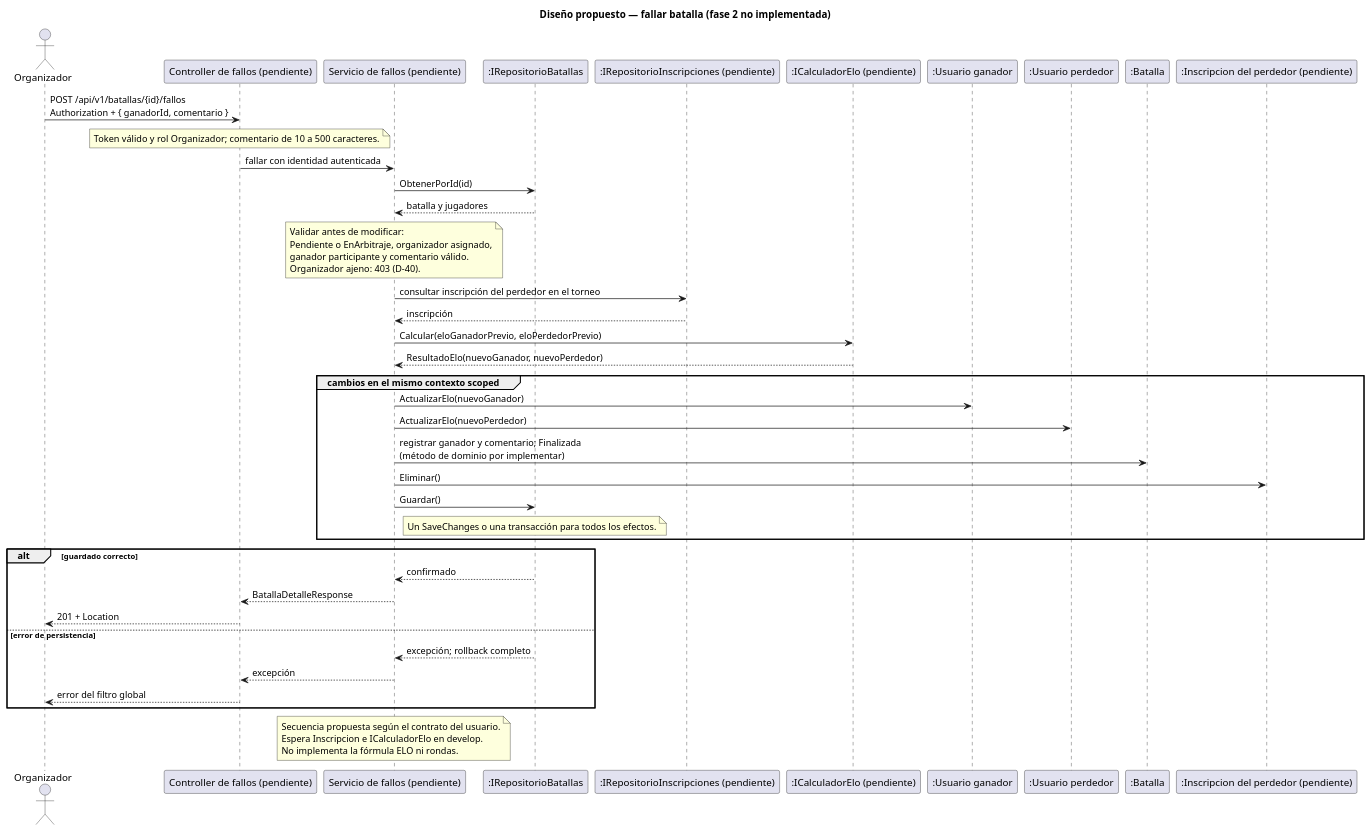
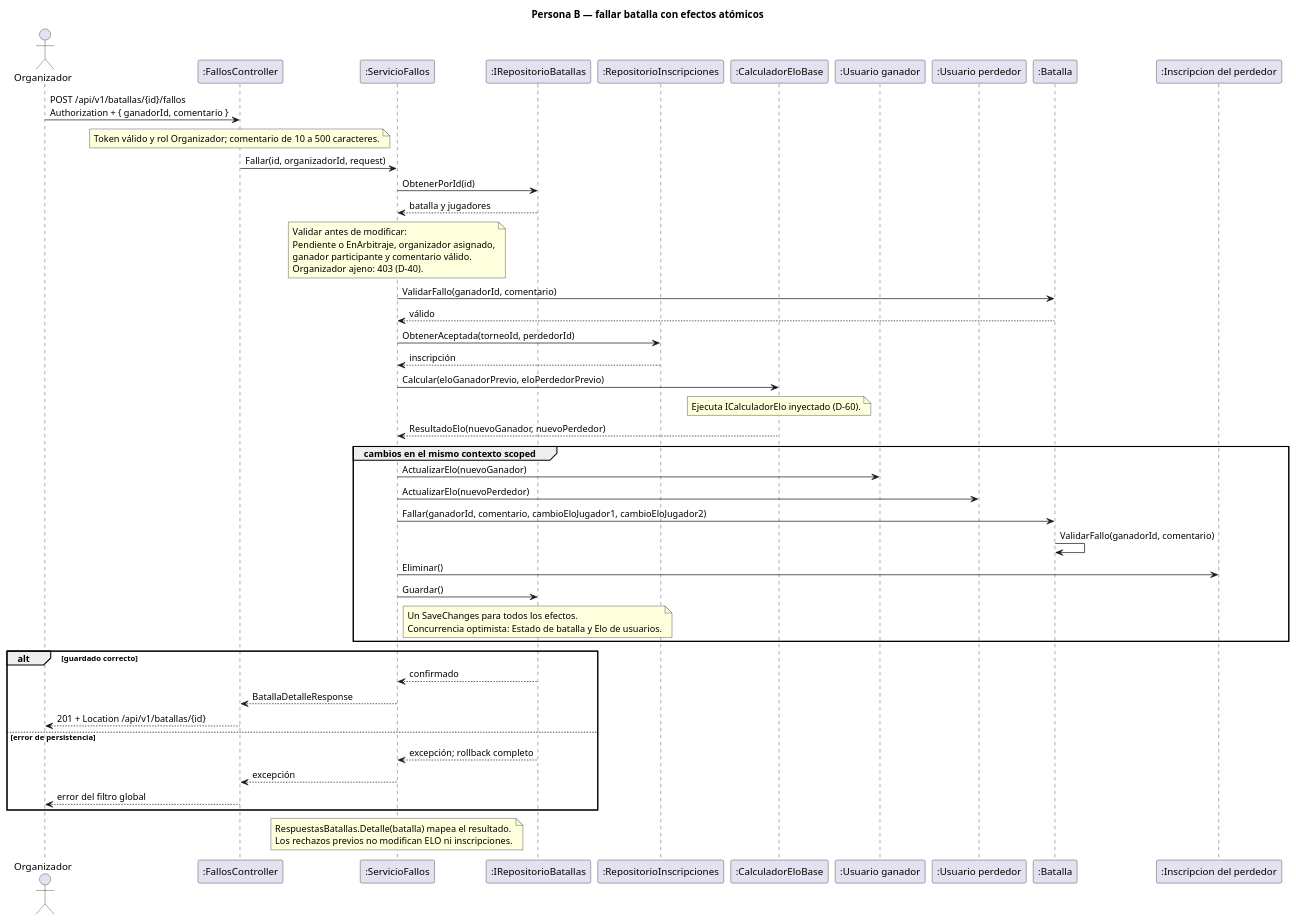
One commit to Seba0512/FarmeORT changed the diagram in docs/uml/fallar-batalla.puml. Above: the diagram before and after it, drawn with PlantUML. The commit also changed 3 other files, not shown here.

Commit message:
docs (docs/): especifica fallos y registra diseño y atomicidad de B

```diff
--- a/docs/uml/fallar-batalla.puml
+++ b/docs/uml/fallar-batalla.puml
@@ -1,51 +1,51 @@
 @startuml
-title Diseño propuesto — fallar batalla (fase 2 no implementada)
+title Persona B — fallar batalla con efectos atómicos
 actor Organizador
-participant "Controller de fallos (pendiente)" as C
-participant "Servicio de fallos (pendiente)" as S
+participant ":FallosController" as C
+participant ":ServicioFallos" as S
 participant ":IRepositorioBatallas" as BRepo
-participant ":IRepositorioInscripciones (pendiente)" as IRepo
-participant ":ICalculadorElo (pendiente)" as E
+participant ":RepositorioInscripciones" as IRepo
+participant ":CalculadorEloBase" as E
 participant ":Usuario ganador" as G
 participant ":Usuario perdedor" as P
 participant ":Batalla" as B
-participant ":Inscripcion del perdedor (pendiente)" as I
+participant ":Inscripcion del perdedor" as I
 
 Organizador -> C : POST /api/v1/batallas/{id}/fallos\nAuthorization + { ganadorId, comentario }
 note over C : Token válido y rol Organizador; comentario de 10 a 500 caracteres.
-C -> S : fallar con identidad autenticada
+C -> S : Fallar(id, organizadorId, request)
 S -> BRepo : ObtenerPorId(id)
 BRepo --> S : batalla y jugadores
 note over S
   Validar antes de modificar:
   Pendiente o EnArbitraje, organizador asignado,
   ganador participante y comentario válido.
   Organizador ajeno: 403 (D-40).
 end note
-S -> IRepo : consultar inscripción del perdedor en el torneo
+S -> B : ValidarFallo(ganadorId, comentario)
+B --> S : válido
+S -> IRepo : ObtenerAceptada(torneoId, perdedorId)
 IRepo --> S : inscripción
 S -> E : Calcular(eloGanadorPrevio, eloPerdedorPrevio)
+note over E : Ejecuta ICalculadorElo inyectado (D-60).
 E --> S : ResultadoElo(nuevoGanador, nuevoPerdedor)
 group cambios en el mismo contexto scoped
   S -> G : ActualizarElo(nuevoGanador)
   S -> P : ActualizarElo(nuevoPerdedor)
-  S -> B : registrar ganador y comentario; Finalizada\n(método de dominio por implementar)
+  S -> B : Fallar(ganadorId, comentario, cambioEloJugador1, cambioEloJugador2)
+  B -> B : ValidarFallo(ganadorId, comentario)
   S -> I : Eliminar()
   S -> BRepo : Guardar()
-  note over BRepo : Un SaveChanges o una transacción para todos los efectos.
+  note over BRepo : Un SaveChanges para todos los efectos.\nConcurrencia optimista: Estado de batalla y Elo de usuarios.
 end
 alt guardado correcto
   BRepo --> S : confirmado
   S --> C : BatallaDetalleResponse
-  C --> Organizador : 201 + Location
+  C --> Organizador : 201 + Location /api/v1/batallas/{id}
 else error de persistencia
   BRepo --> S : excepción; rollback completo
   S --> C : excepción
   C --> Organizador : error del filtro global
 end
-note over S
-  Secuencia propuesta según el contrato del usuario.
-  Espera Inscripcion e ICalculadorElo en develop.
-  No implementa la fórmula ELO ni rondas.
-end note
+note over S : RespuestasBatallas.Detalle(batalla) mapea el resultado.\nLos rechazos previos no modifican ELO ni inscripciones.
 @enduml
```
